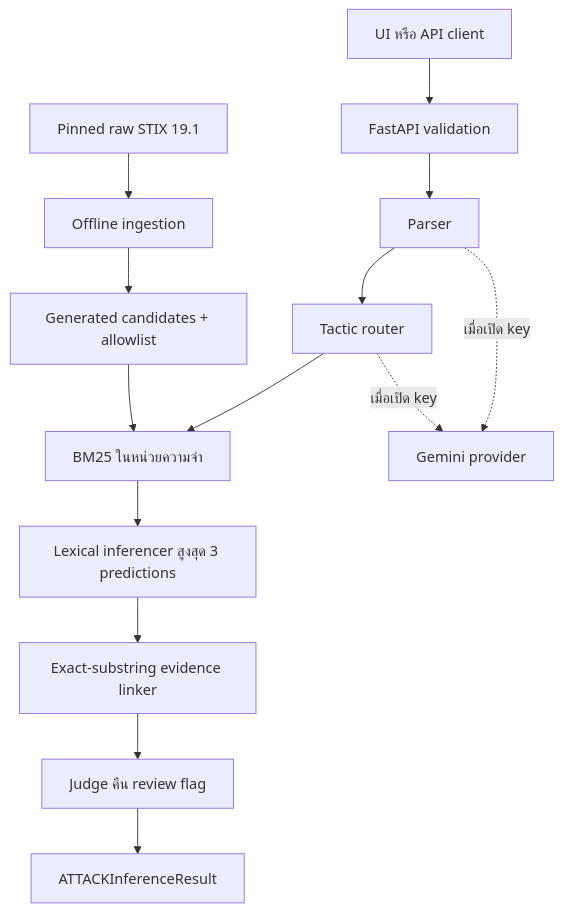
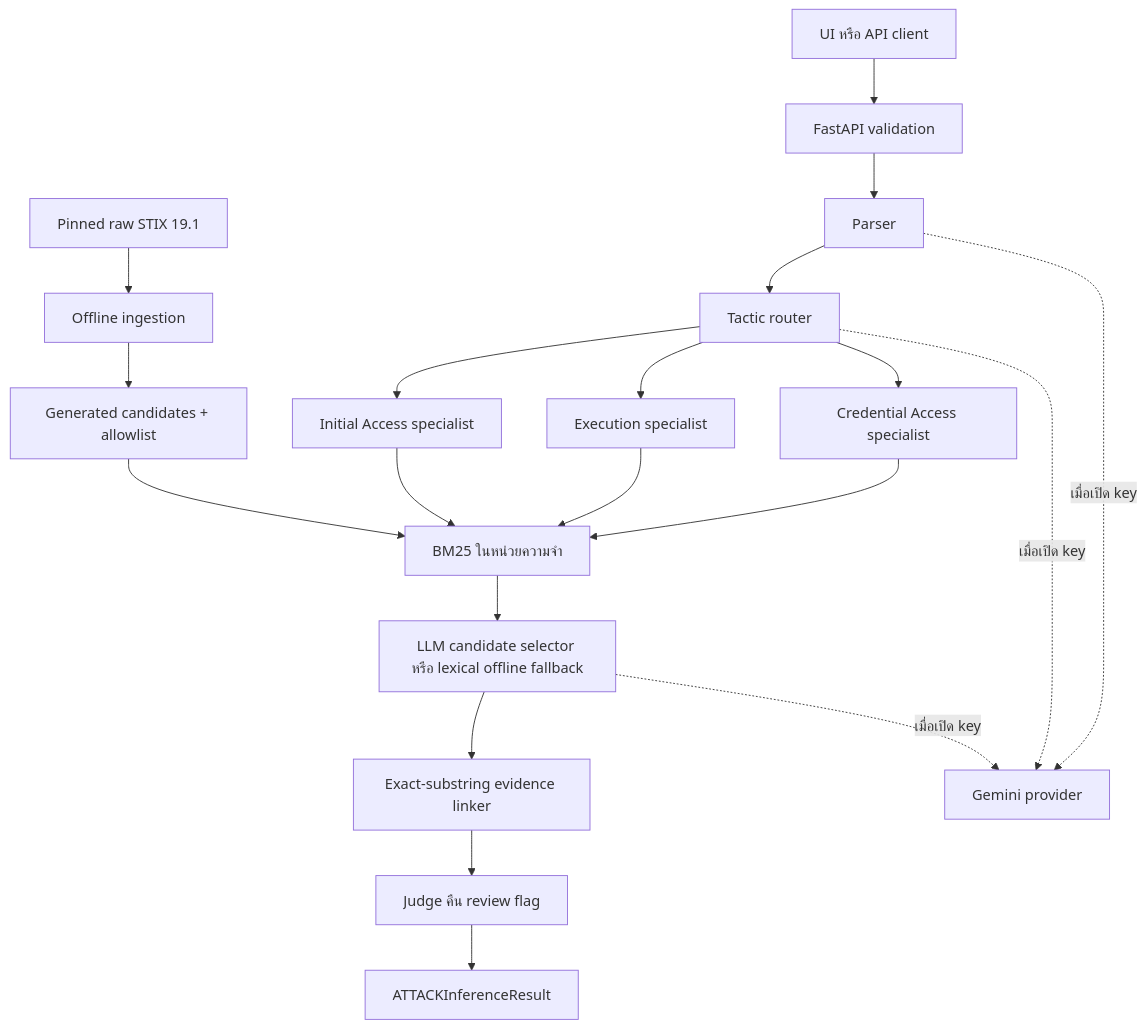
Before and after one commit to mai23133/Security-Alert: the diagram in docs/architecture.md, drawn with Mermaid. The commit also changed other lines of this file and 12 other files, not shown here.

```diff
--- a/docs/architecture.md
+++ b/docs/architecture.md
@@ -7,16 +7,22 @@
 ~~~mermaid
 flowchart TD
     S["Pinned raw STIX 19.1"] --> ING["Offline ingestion"]
     ING --> KB["Generated candidates + allowlist"]
     KB --> R["BM25 ในหน่วยความจำ"]
     U["UI หรือ API client"] --> V["FastAPI validation"]
     V --> P["Parser"]
     P --> T["Tactic router"]
-    T --> R
-    R --> I["Lexical inferencer สูงสุด 3 predictions"]
+    T --> S1["Initial Access specialist"]
+    T --> S2["Execution specialist"]
+    T --> S3["Credential Access specialist"]
+    S1 --> R
+    S2 --> R
+    S3 --> R
+    R --> I["LLM candidate selector หรือ lexical offline fallback"]
     I --> E["Exact-substring evidence linker"]
     E --> J["Judge คืน review flag"]
     J --> O["ATTACKInferenceResult"]
     P -. "เมื่อเปิด key" .-> G["Gemini provider"]
     T -. "เมื่อเปิด key" .-> G
+    I -. "เมื่อเปิด key" .-> G
 ~~~
```
